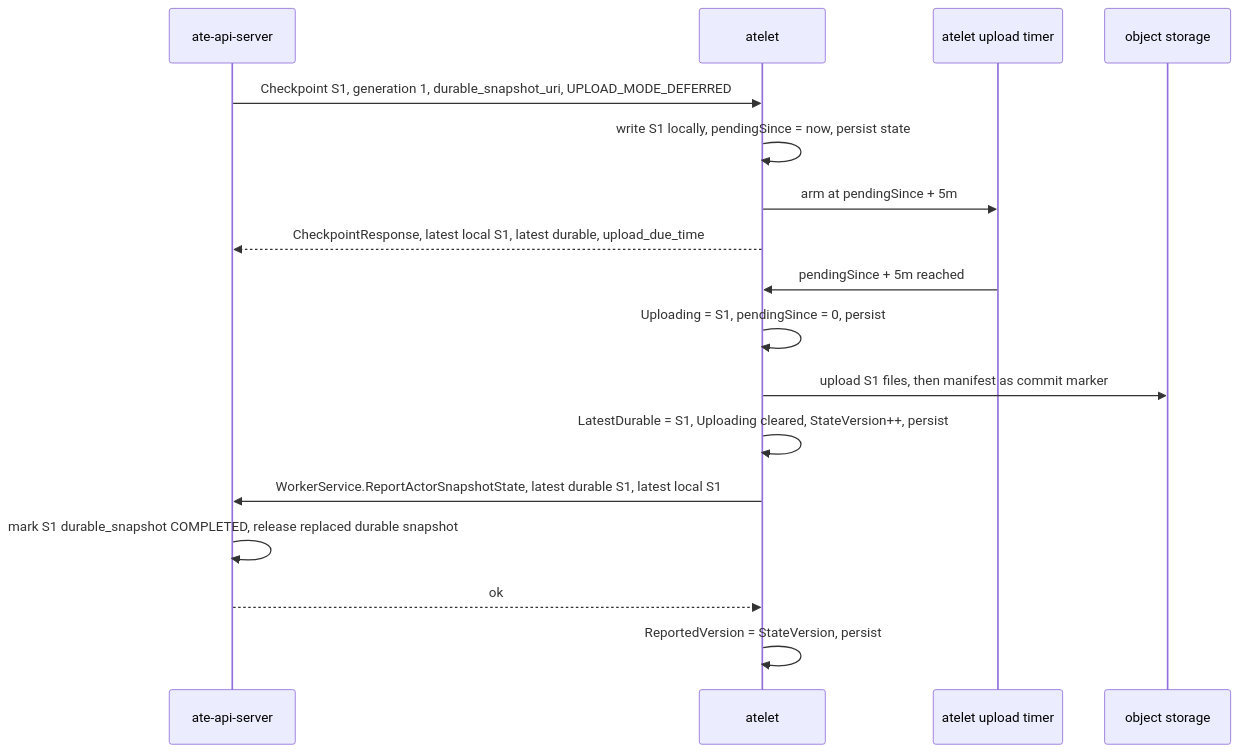
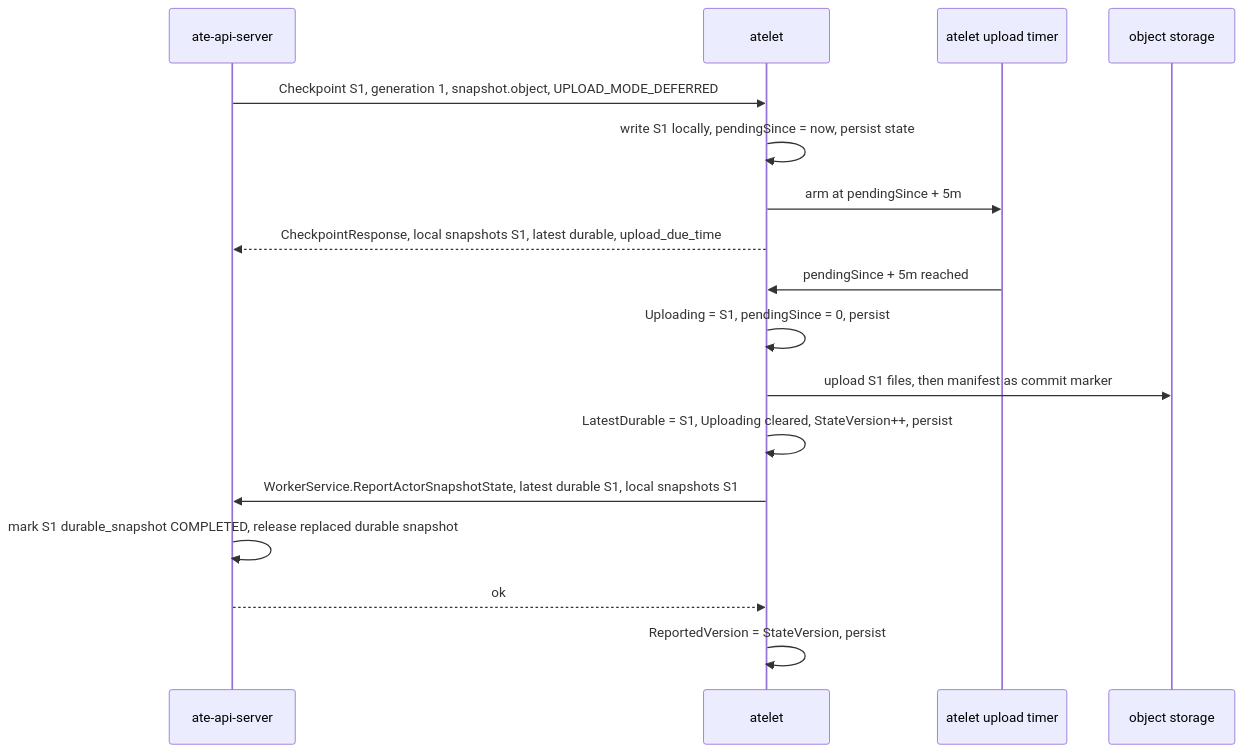
One commit to zoez7/substrate changed the first of 3 diagrams in docs/dev/async-suspend-en.md. Above: the diagram before and after it, drawn with Mermaid. The commit also changed other lines of this file, not shown here.

First line of the commit message:
docs: share Snapshot and ObjectStorage across the async suspend atelet API

````diff
--- a/docs/dev/async-suspend-en.md
+++ b/docs/dev/async-suspend-en.md
@@ -48,21 +48,21 @@
 ```mermaid
 sequenceDiagram
     participant A as ate-api-server
     participant L as atelet
     participant T as atelet upload timer
     participant O as object storage
 
-    A->>L: Checkpoint S1, generation 1, durable_snapshot_uri, UPLOAD_MODE_DEFERRED
+    A->>L: Checkpoint S1, generation 1, snapshot.object, UPLOAD_MODE_DEFERRED
     L->>L: write S1 locally, pendingSince = now, persist state
     L->>T: arm at pendingSince + 5m
-    L-->>A: CheckpointResponse, latest local S1, latest durable, upload_due_time
+    L-->>A: CheckpointResponse, local snapshots S1, latest durable, upload_due_time
 
     T->>L: pendingSince + 5m reached
     L->>L: Uploading = S1, pendingSince = 0, persist
     L->>O: upload S1 files, then manifest as commit marker
     L->>L: LatestDurable = S1, Uploading cleared, StateVersion++, persist
-    L->>A: WorkerService.ReportActorSnapshotState, latest durable S1, latest local S1
+    L->>A: WorkerService.ReportActorSnapshotState, latest durable S1, local snapshots S1
     A->>A: mark S1 durable_snapshot COMPLETED, release replaced durable snapshot
     A-->>L: ok
     L->>L: ReportedVersion = StateVersion, persist
 ```
````
